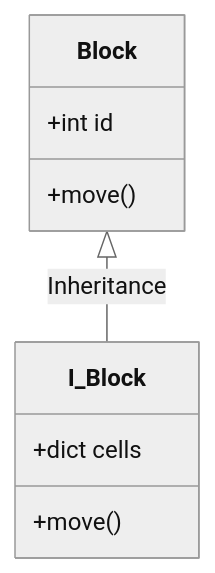
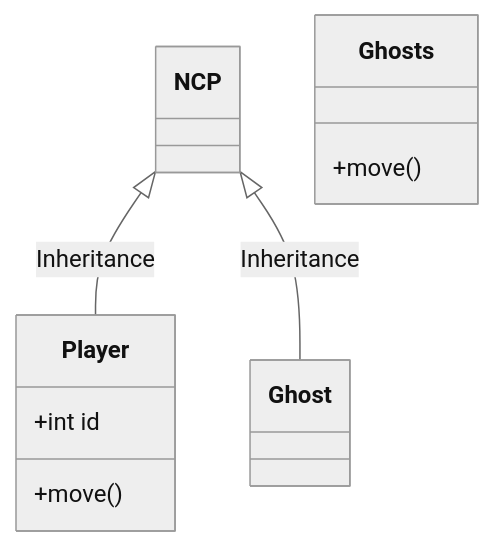
Before and after one commit to calbertofilho/PycMan: the diagram in README.md, drawn with Mermaid (neutral theme).

Commit message:
Update: 18-07-2023

````diff
--- a/README.md
+++ b/README.md
@@ -29,12 +29,12 @@
 ```mermaid
 classDiagram
-    Block <|-- I_Block: Inheritance
+    NCP <|-- Player: Inheritance
+    NCP <|-- Ghost: Inheritance
 
-    Block : +int id
-    Block : +move()
+    Player : +int id
+    Player : +move()
 
-    class I_Block {
-        +dict cells
+    class Ghosts {
         +move()
     }
 ```
````
